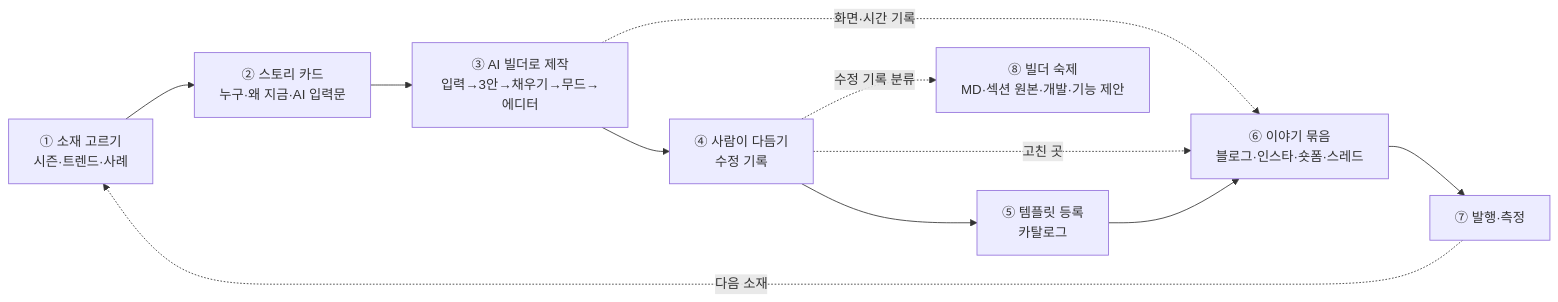
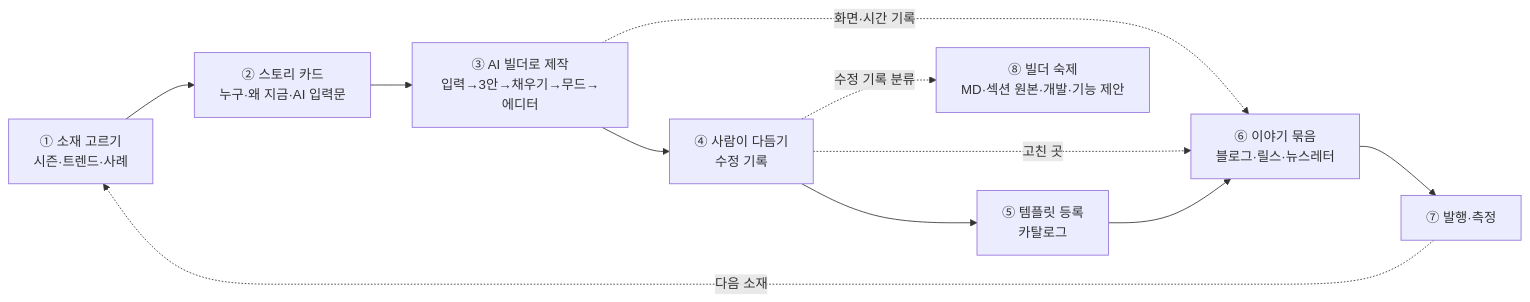
Before and after one commit to CdBd-in/cdbd-templates: the diagram in 4. AI 페이지 빌더/4-15. 시즌 템플릿 루프.md, drawn with Mermaid. The commit also changed other lines of this file, not shown here.

````diff
--- a/4. AI 페이지 빌더/4-15. 시즌 템플릿 루프.md
+++ b/4. AI 페이지 빌더/4-15. 시즌 템플릿 루프.md
@@ -42,13 +42,13 @@
 ```mermaid
 flowchart LR
   A["① 소재 고르기<br/>시즌·트렌드·사례"] --> B["② 스토리 카드<br/>누구·왜 지금·AI 입력문"]
   B --> C["③ AI 빌더로 제작<br/>입력→3안→채우기→무드→에디터"]
   C --> D["④ 사람이 다듬기<br/>수정 기록"]
   D --> E["⑤ 템플릿 등록<br/>카탈로그"]
-  C -. 화면·시간 기록 .-> F["⑥ 이야기 묶음<br/>블로그·인스타·숏폼·스레드"]
+  C -. 화면·시간 기록 .-> F["⑥ 이야기 묶음<br/>블로그·릴스·뉴스레터"]
   D -. 고친 곳 .-> F
   E --> F
   F --> G["⑦ 발행·측정"]
   G -. 다음 소재 .-> A
   D -. 수정 기록 분류 .-> H["⑧ 빌더 숙제<br/>MD·섹션 원본·개발·기능 제안"]
 ```
````
